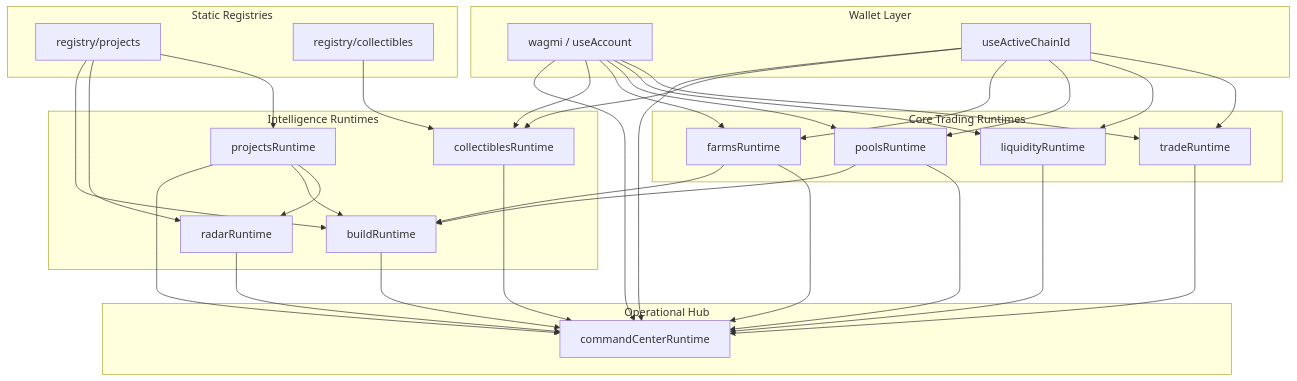
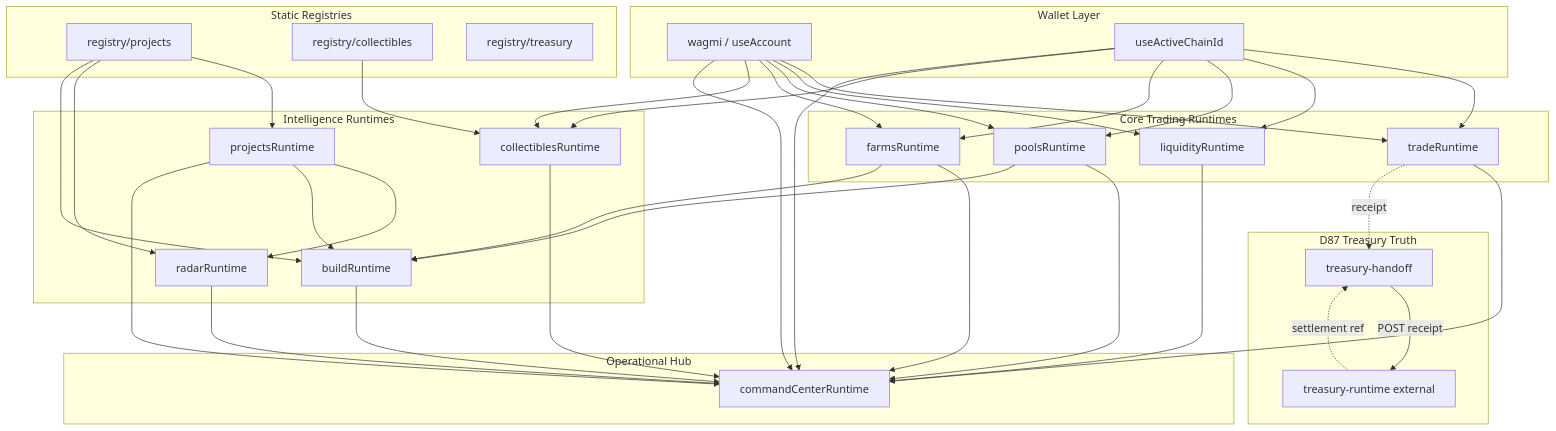
Before and after one commit to meleganza/MelegaSwapV2: the diagram in docs/DEX_RUNTIME_ARCHITECTURE.md, drawn with Mermaid. The commit also changed other lines of this file and 27 other files, not shown here.

Commit message:
D87-03 DEX TREASURY SETTLEMENT HANDOFF

````diff
--- a/docs/DEX_RUNTIME_ARCHITECTURE.md
+++ b/docs/DEX_RUNTIME_ARCHITECTURE.md
@@ -44,39 +90,48 @@
 ```mermaid
 flowchart TB
   subgraph wallet [Wallet Layer]
     W[wagmi / useAccount]
     C[useActiveChainId]
   end
 
   subgraph core [Core Trading Runtimes]
     T[tradeRuntime]
     L[liquidityRuntime]
     P[poolsRuntime]
     F[farmsRuntime]
   end
 
   subgraph intel [Intelligence Runtimes]
     PR[projectsRuntime]
     R[radarRuntime]
     CO[collectiblesRuntime]
     B[buildRuntime]
   end
 
   subgraph hub [Operational Hub]
     CC[commandCenterRuntime]
   end
 
+  subgraph treasury [D87 Treasury Truth]
+    TH[treasury-handoff]
+    TR[treasury-runtime external]
+  end
+
   subgraph reg [Static Registries]
     RP[registry/projects]
     RC[registry/collectibles]
+    RT[registry/treasury]
   end
 
   W --> T & L & P & F & CO & CC
   C --> T & L & P & F & CO & CC
   RP --> PR & R & B
   RC --> CO
   PR --> R & B
   T & L & P & F --> CC
   PR & R & B & CO --> CC
   P & F --> B
+  T -.->|receipt| TH
+  TH -->|POST receipt| TR
+  TR -.->|settlement ref| TH
 ```
````
